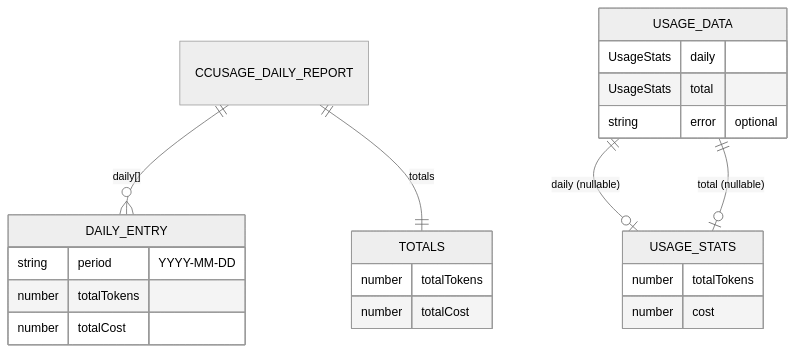
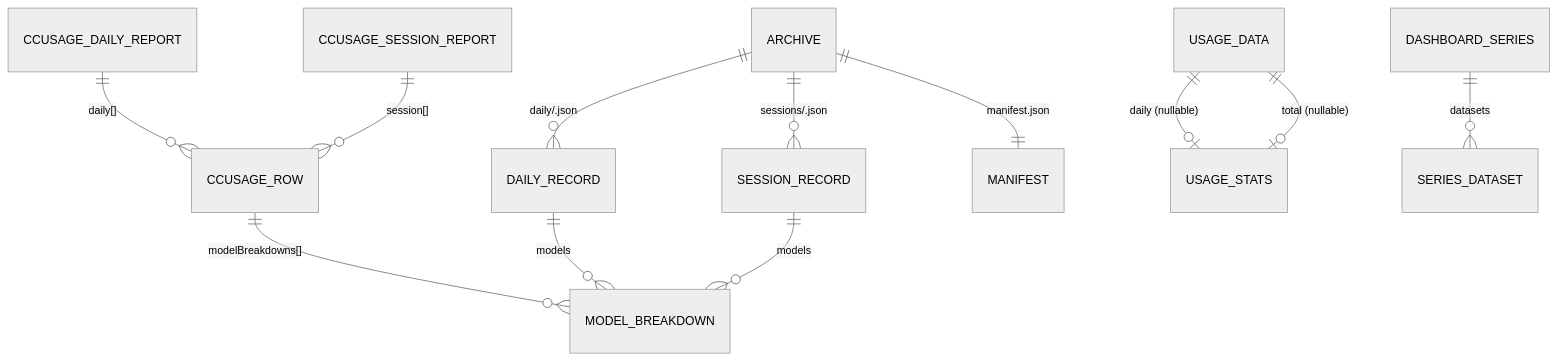
Before and after one commit to tangentlin/burnbar: the diagram in docs/DOMAIN.md, drawn with Mermaid (neutral theme). The commit also changed other lines of this file and 60 other files, not shown here.

First line of the commit message:
feat: durable usage archive + dashboard (#21)

````diff
--- a/docs/DOMAIN.md
+++ b/docs/DOMAIN.md
@@ -24,26 +32,14 @@
 ```mermaid
 erDiagram
-    CCUSAGE_DAILY_REPORT ||--o{ DAILY_ENTRY : "daily[]"
-    CCUSAGE_DAILY_REPORT ||--|| TOTALS : "totals"
+    CCUSAGE_DAILY_REPORT ||--o{ CCUSAGE_ROW : "daily[]"
+    CCUSAGE_SESSION_REPORT ||--o{ CCUSAGE_ROW : "session[]"
+    CCUSAGE_ROW ||--o{ MODEL_BREAKDOWN : "modelBreakdowns[]"
+    ARCHIVE ||--o{ DAILY_RECORD : "daily/<date>.json"
+    ARCHIVE ||--o{ SESSION_RECORD : "sessions/<month>.json"
+    ARCHIVE ||--|| MANIFEST : "manifest.json"
+    DAILY_RECORD ||--o{ MODEL_BREAKDOWN : models
+    SESSION_RECORD ||--o{ MODEL_BREAKDOWN : models
     USAGE_DATA ||--o| USAGE_STATS : "daily (nullable)"
     USAGE_DATA ||--o| USAGE_STATS : "total (nullable)"
-
-    DAILY_ENTRY {
-        string period "YYYY-MM-DD"
-        number totalTokens
-        number totalCost
-    }
-    TOTALS {
-        number totalTokens
-        number totalCost
-    }
-    USAGE_STATS {
-        number totalTokens
-        number cost
-    }
-    USAGE_DATA {
-        UsageStats daily
-        UsageStats total
-        string error "optional"
-    }
+    DASHBOARD_SERIES ||--o{ SERIES_DATASET : datasets
 ```
````
